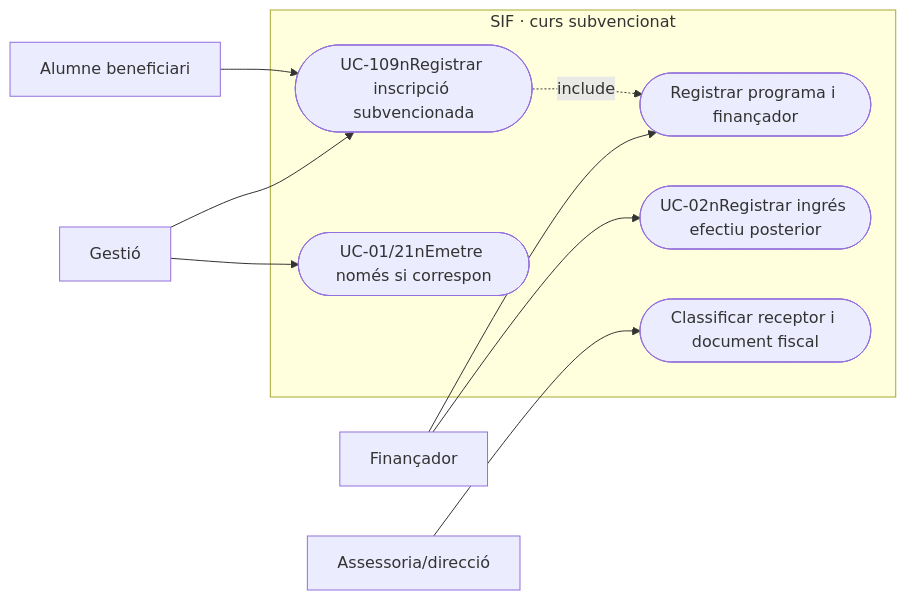
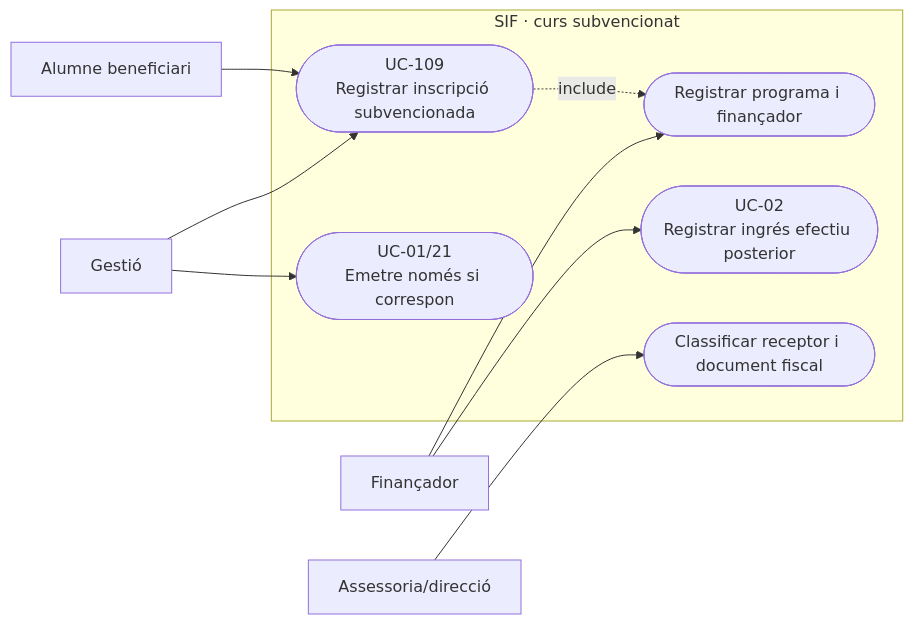
One commit to orgmeriemprismacat-del/verifactu changed the second of 4 diagrams in documentacio/07-uml-integrat/uc-109-inscripcio-curs-subvencionat.md. Above: the diagram before and after it, drawn with Mermaid.

Commit message:
docs(uml): corregir salts Mermaid UC-109

````diff
--- a/documentacio/07-uml-integrat/uc-109-inscripcio-curs-subvencionat.md
+++ b/documentacio/07-uml-integrat/uc-109-inscripcio-curs-subvencionat.md
@@ -91,21 +91,21 @@
 ```mermaid
 flowchart LR
   a_0["Alumne beneficiari"]
   a_1["Gestió"]
   a_2["Finançador"]
   a_3["Assessoria/direcció"]
   subgraph SIF_BOUNDARY["SIF · curs subvencionat"]
-    u_0(["UC-109nRegistrar inscripció subvencionada"])
+    u_0(["UC-109<br/>Registrar inscripció subvencionada"])
     u_1(["Registrar programa i finançador"])
     u_2(["Classificar receptor i document fiscal"])
-    u_3(["UC-01/21nEmetre només si correspon"])
-    u_4(["UC-02nRegistrar ingrés efectiu posterior"])
+    u_3(["UC-01/21<br/>Emetre només si correspon"])
+    u_4(["UC-02<br/>Registrar ingrés efectiu posterior"])
   end
   a_0 --> u_0
   a_1 --> u_0
   a_2 --> u_1
   a_3 --> u_2
   u_0 -.->|include| u_1
   a_1 --> u_3
   a_2 --> u_4
 ```
````
